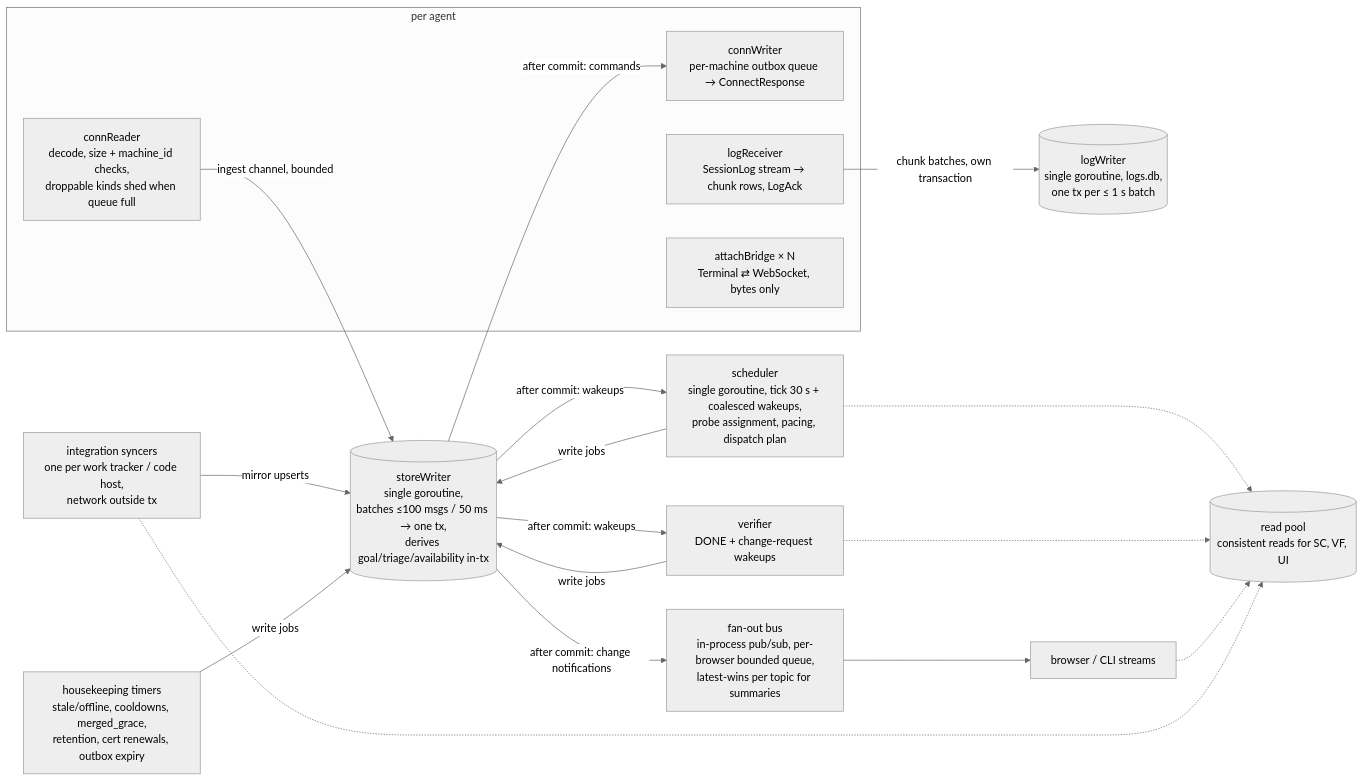
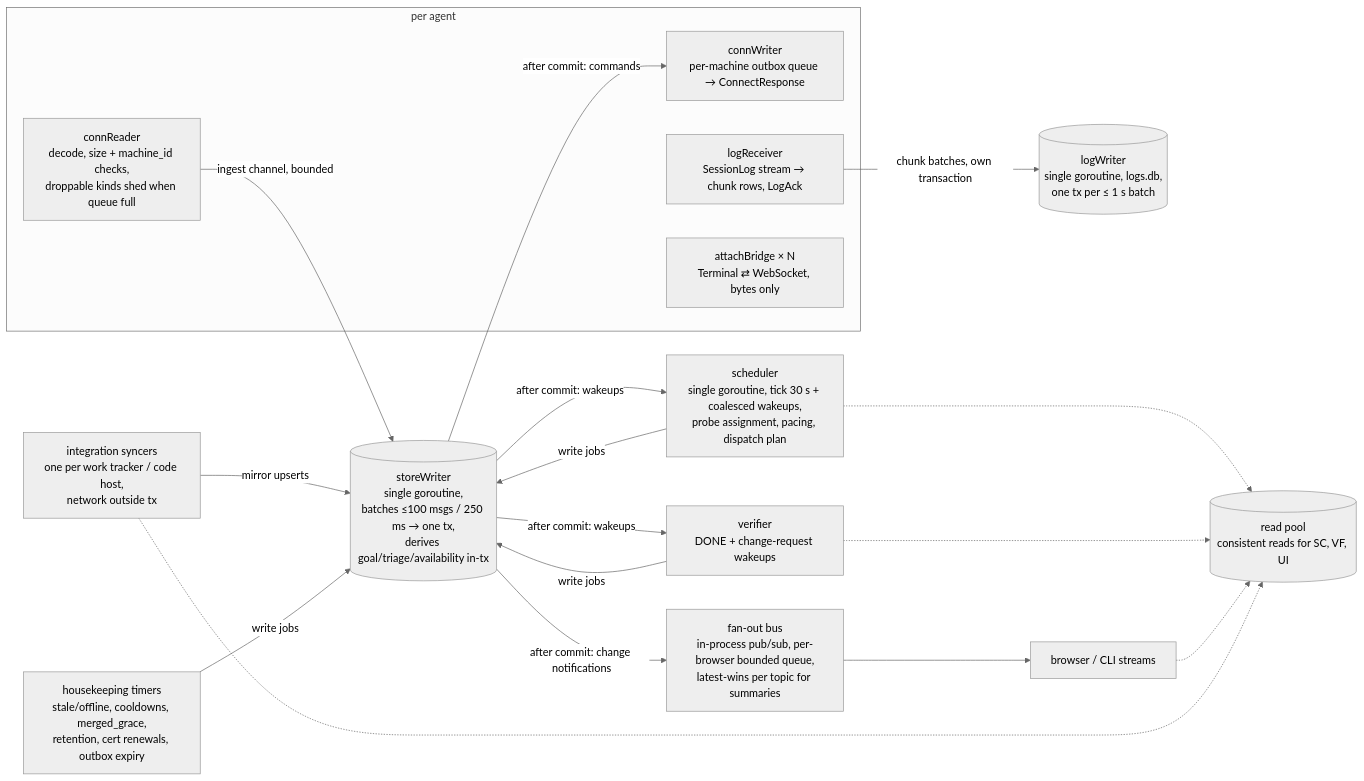
The diagram in docs/specs/03f-hub-internals.md (linuxdynasty/fleet-board), drawn with Mermaid (neutral theme) before and after one commit. The commit also changed 74 other files, not shown here.

````diff
--- a/docs/specs/03f-hub-internals.md
+++ b/docs/specs/03f-hub-internals.md
@@ -12,25 +12,25 @@
 ```mermaid
 flowchart LR
   subgraph per agent
     CR[connReader<br/>decode, size + machine_id checks,<br/>droppable kinds shed when queue full]
     CW[connWriter<br/>per-machine outbox queue → ConnectResponse]
     LR[logReceiver<br/>SessionLog stream → chunk rows, LogAck]
     AB[attachBridge × N<br/>Terminal ⇄ WebSocket, bytes only]
   end
-  CR -->|ingest channel, bounded| WR[(storeWriter<br/>single goroutine,<br/>batches ≤100 msgs / 50 ms → one tx,<br/>derives goal/triage/availability in-tx)]
+  CR -->|ingest channel, bounded| WR[(storeWriter<br/>single goroutine,<br/>batches ≤100 msgs / 250 ms → one tx,<br/>derives goal/triage/availability in-tx)]
   LR -->|chunk batches, own transaction| LW[(logWriter<br/>single goroutine, logs.db,<br/>one tx per ≤ 1 s batch)]
   SY[integration syncers<br/>one per work tracker / code host,<br/>network outside tx] -->|mirror upserts| WR
   SC["scheduler<br/>single goroutine, tick 30 s + coalesced wakeups,<br/>probe assignment, pacing, dispatch plan"] -->|write jobs| WR
   VF[verifier<br/>DONE + change-request wakeups] -->|write jobs| WR
   HK[housekeeping timers<br/>stale/offline, cooldowns, merged_grace,<br/>retention, cert renewals, outbox expiry] -->|write jobs| WR
   WR -->|after commit: commands| CW
   WR -->|after commit: wakeups| SC
   WR -->|after commit: wakeups| VF
   WR -->|after commit: change notifications| FO[fan-out bus<br/>in-process pub/sub, per-browser bounded queue,<br/>latest-wins per topic for summaries]
   FO --> UI[browser / CLI streams]
   RP[(read pool<br/>consistent reads for SC, VF, UI)]
   SC -.-> RP
   VF -.-> RP
   UI -.-> RP
   SY -.-> RP
 ```
````
